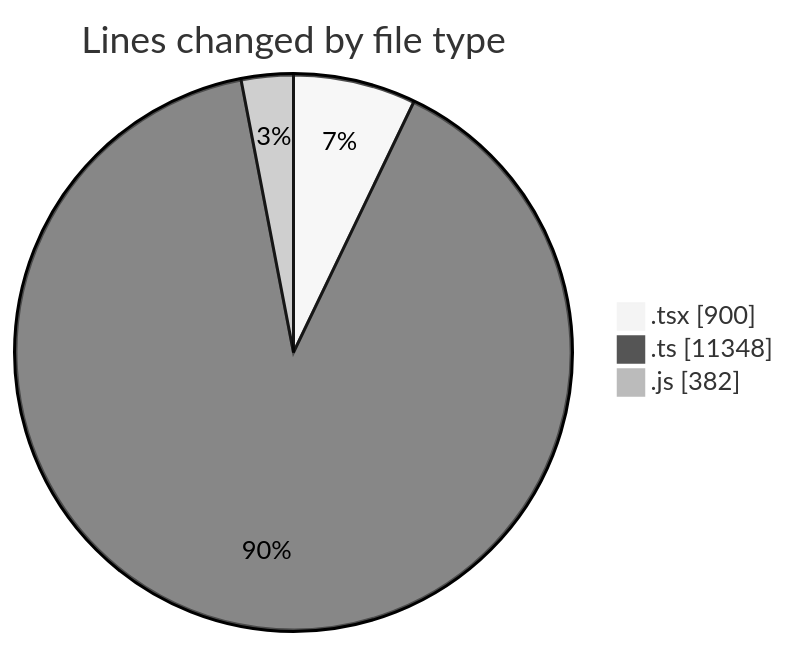
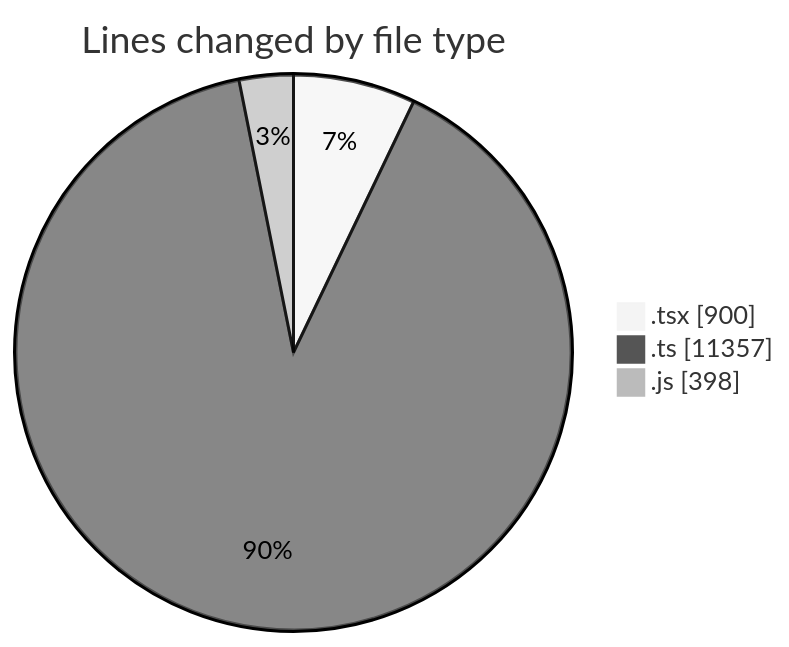
Before and after one commit to momahboobian/code-tracking: the first of 2 diagrams in 2025-11-26/cda/README.md, drawn with Mermaid (neutral theme). The commit also changed other lines of this file and 1 other file, not shown here.

````diff
--- a/2025-11-26/cda/README.md
+++ b/2025-11-26/cda/README.md
@@ -26,7 +26,7 @@
 ```mermaid
 pie showData
 title Lines changed by file type
 ".tsx" : 900
-".ts" : 11348
-".js" : 382
+".ts" : 11357
+".js" : 398
 ```
````
